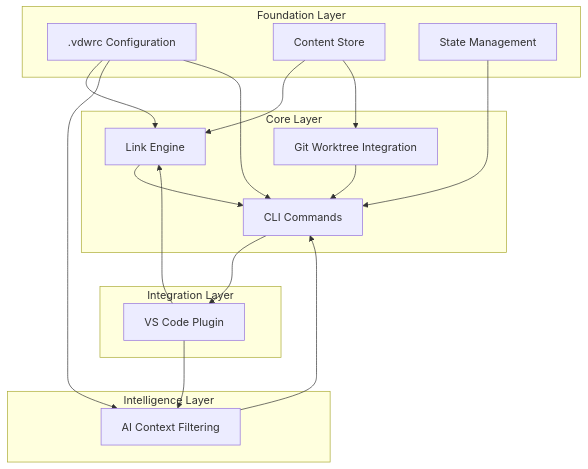
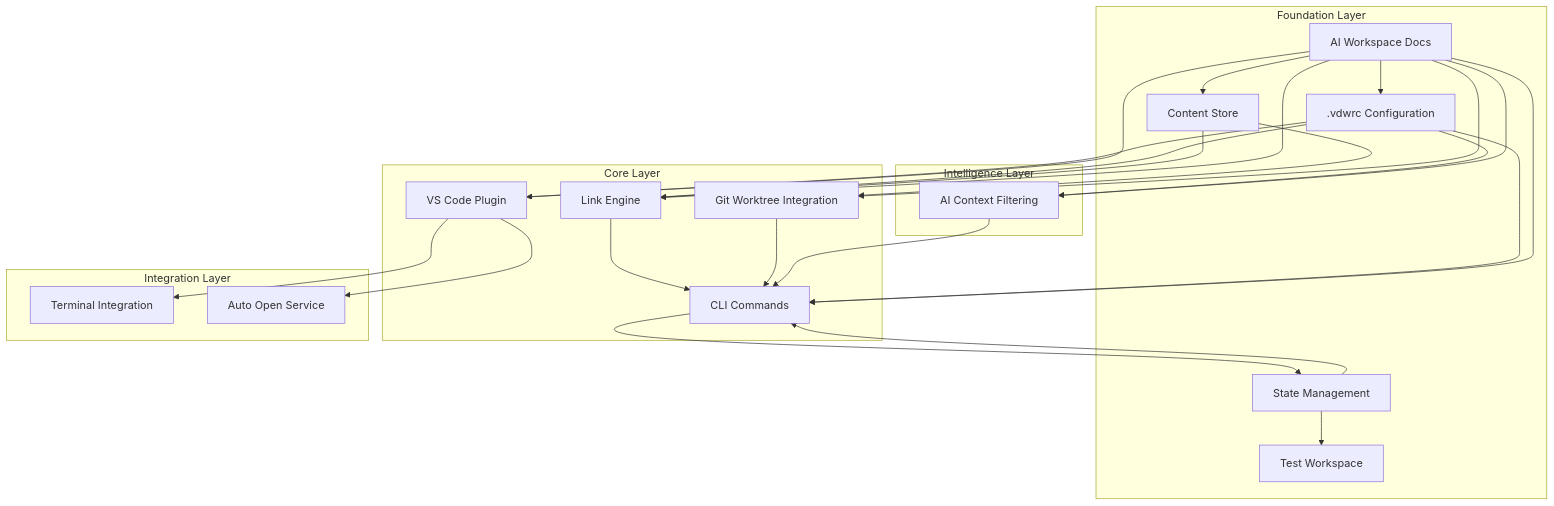
One commit to HWH-2019/vdw changed diagram 12 of 12 in .qoder/repowiki/en/content/Core Features Documentation/Core Features Documentation.md. Above: the diagram before and after it, drawn with Mermaid. The commit also changed other lines of this file and 20 other files, not shown here.

````diff
--- a/.qoder/repowiki/en/content/Core Features Documentation/Core Features Documentation.md
+++ b/.qoder/repowiki/en/content/Core Features Documentation/Core Features Documentation.md
@@ -910,31 +1095,44 @@
 ```mermaid
 graph TB
 subgraph "Foundation Layer"
 F1[.vdwrc Configuration]
 F2[Content Store]
-F7[State Management]
+F8[State Management]
+F9[Test Workspace]
+F10[AI Workspace Docs]
 end
 subgraph "Core Layer"
 F3[Link Engine]
 F4[Git Worktree Integration]
 F6[CLI Commands]
+F7[VS Code Plugin]
 end
 subgraph "Intelligence Layer"
 F5[AI Context Filtering]
 end
 subgraph "Integration Layer"
-F8[VS Code Plugin]
+F11[Terminal Integration]
+F12[Auto Open Service]
 end
 F1 --> F3
 F1 --> F5
 F1 --> F6
+F1 --> F7
 F2 --> F3
 F2 --> F4
 F3 --> F6
 F4 --> F6
 F5 --> F6
-F7 --> F6
+F8 --> F6
+F7 --> F11
+F7 --> F12
 F6 --> F8
-F8 --> F3
-F8 --> F5
+F8 --> F9
+F10 --> F1
+F10 --> F2
+F10 --> F3
+F10 --> F4
+F10 --> F5
+F10 --> F6
+F10 --> F7
 ```
````
